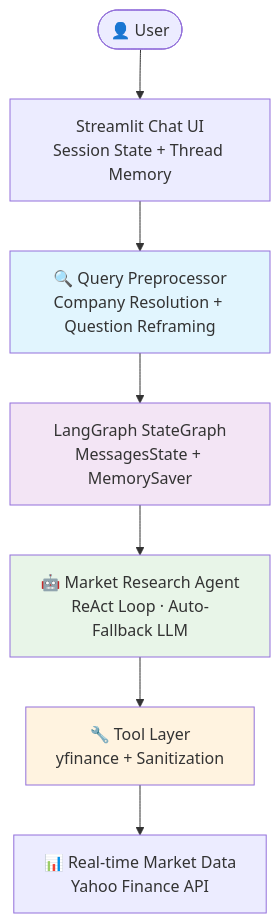
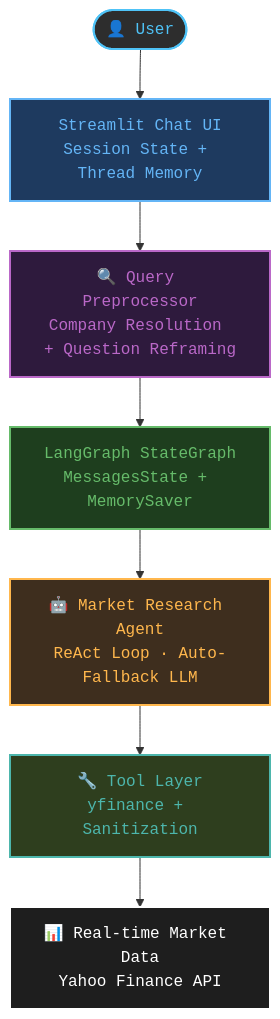
Before and after one commit to damerlaroja/fintech-ai-agent-playground: the diagram in README.md, drawn with Mermaid. The commit also changed other lines of this file and 5 other files, not shown here.

````diff
--- a/README.md
+++ b/README.md
@@ -63,14 +63,25 @@
 ```mermaid
 flowchart TD
     User([👤 User]) --> UI[Streamlit Chat UI\nSession State + Thread Memory]
     UI --> QP[🔍 Query Preprocessor\nCompany Resolution + Question Reframing]
     QP --> WF[LangGraph StateGraph\nMessagesState + MemorySaver]
     WF --> MA[🤖 Market Research Agent\nReAct Loop · Auto-Fallback LLM]
     MA --> TOOLS[🔧 Tool Layer\nyfinance + Sanitization]
     TOOLS --> DATA[📊 Real-time Market Data\nYahoo Finance API]
     
-    style QP fill:#e1f5fe
-    style WF fill:#f3e5f5
-    style MA fill:#e8f5e8
-    style TOOLS fill:#fff3e0
+    classDef default fill:#1e1e1e,stroke:#ffffff,stroke-width:2px,color:#ffffff,font-family:monospace
+    classDef userNode fill:#2d2d2d,stroke:#4fc3f7,stroke-width:2px,color:#4fc3f7,font-family:monospace
+    classDef preprocessorNode fill:#1e3a5f,stroke:#64b5f6,stroke-width:2px,color:#64b5f6,font-family:monospace
+    classDef workflowNode fill:#2e1a3d,stroke:#ba68c8,stroke-width:2px,color:#ba68c8,font-family:monospace
+    classDef agentNode fill:#1e3e1e,stroke:#66bb6a,stroke-width:2px,color:#66bb6a,font-family:monospace
+    classDef toolNode fill:#3e2e1e,stroke:#ffb74d,stroke-width:2px,color:#ffb74d,font-family:monospace
+    classDef dataNode fill:#2e3e1e,stroke:#4db6ac,stroke-width:2px,color:#4db6ac,font-family:monospace
+    
+    class User userNode
+    class UI preprocessorNode
+    class QP workflowNode
+    class WF agentNode
+    class MA toolNode
+    class TOOLS dataNode
+    class DATA default
 ```
````
